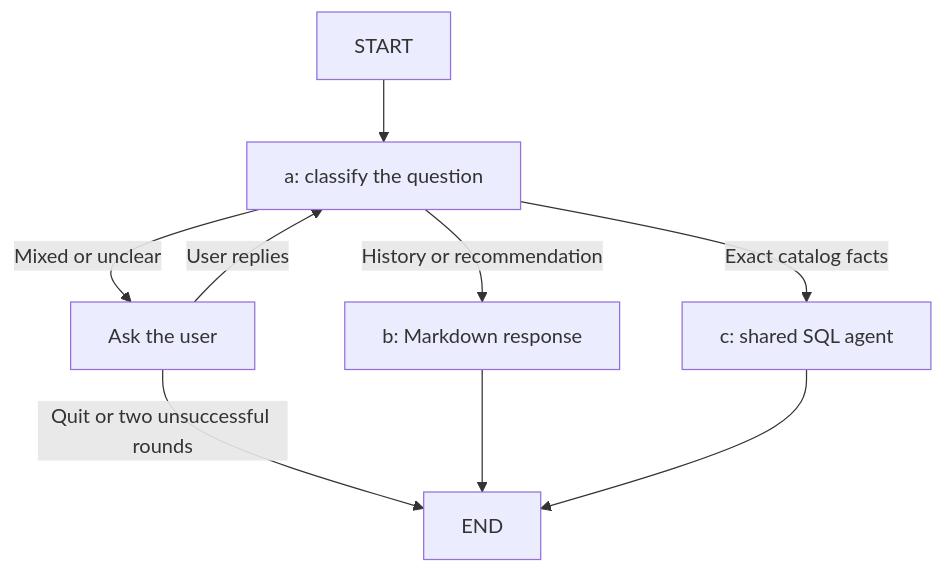
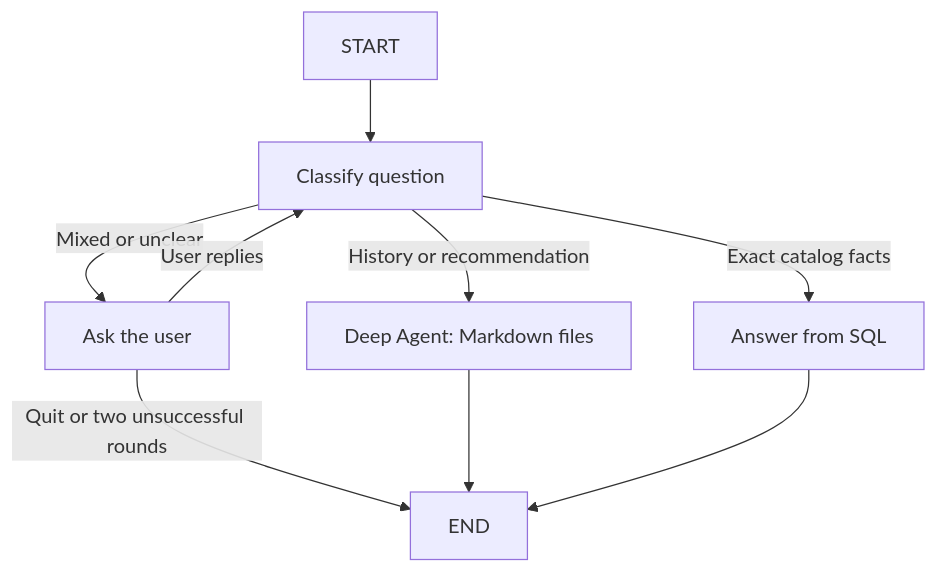
One commit to dexterchan/lca-langchainV1-essentials changed the diagram in python/README.md. Above: the diagram before and after it, drawn with Mermaid. The commit also changed other lines of this file and 5 other files, not shown here.

Commit message:
Add folder-scoped Deep Agent and LangSmith tracing to music workflow

````diff
--- a/python/README.md
+++ b/python/README.md
@@ -139,11 +139,11 @@
 ```mermaid
 flowchart TD
-    START --> a["a: classify the question"]
-    a -->|History or recommendation| b["b: Markdown response"]
-    a -->|Exact catalog facts| c["c: shared SQL agent"]
-    a -->|Mixed or unclear| clarify["Ask the user"]
-    clarify -->|User replies| a
+    START --> classify_question["Classify question"]
+    classify_question -->|History or recommendation| answer_from_markdown["Deep Agent: Markdown files"]
+    classify_question -->|Exact catalog facts| answer_from_sql["Answer from SQL"]
+    classify_question -->|Mixed or unclear| clarify["Ask the user"]
+    clarify -->|User replies| classify_question
     clarify -->|Quit or two unsuccessful rounds| END
-    b --> END
-    c --> END
+    answer_from_markdown --> END
+    answer_from_sql --> END
 ```
````
